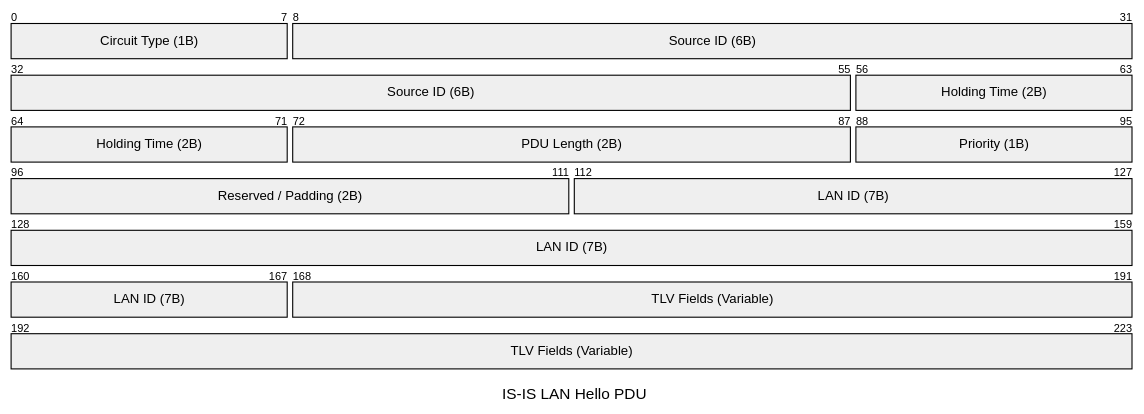
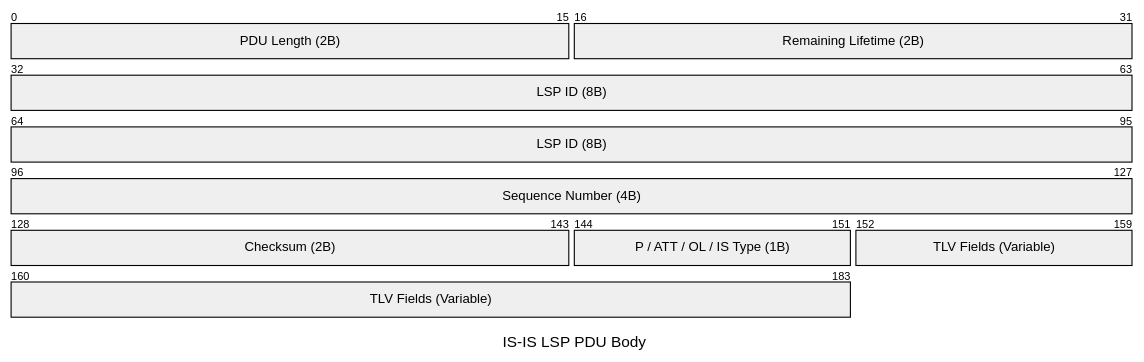
Before and after one commit to Wavepoet/hikari_Notes_Datacom: the third of 8 diagrams in 理论/路由技术/IS-IS(LSU待补全).md, drawn with Mermaid. The commit also changed other lines of this file and 44 other files, not shown here.

````diff
--- a/理论/路由技术/IS-IS(LSU待补全).md
+++ b/理论/路由技术/IS-IS(LSU待补全).md
@@ -295,12 +295,11 @@
 ```mermaid
 packet-beta
-title IS-IS LAN Hello PDU
-0-7: "Circuit Type (1B)"
-8-55: "Source ID (6B)"
-56-71: "Holding Time (2B)"
-72-87: "PDU Length (2B)"
-88-95: "Priority (1B)"
-96-111: "Reserved / Padding (2B)"
-112-167: "LAN ID (7B)"
-168-223: "TLV Fields (Variable)"
+title IS-IS LSP PDU Body
+0-15: "PDU Length (2B)"
+16-31: "Remaining Lifetime (2B)"
+32-95: "LSP ID (8B)"
+96-127: "Sequence Number (4B)"
+128-143: "Checksum (2B)"
+144-151: "P / ATT / OL / IS Type (1B)"
+152-183: "TLV Fields (Variable)"
 ```
````
